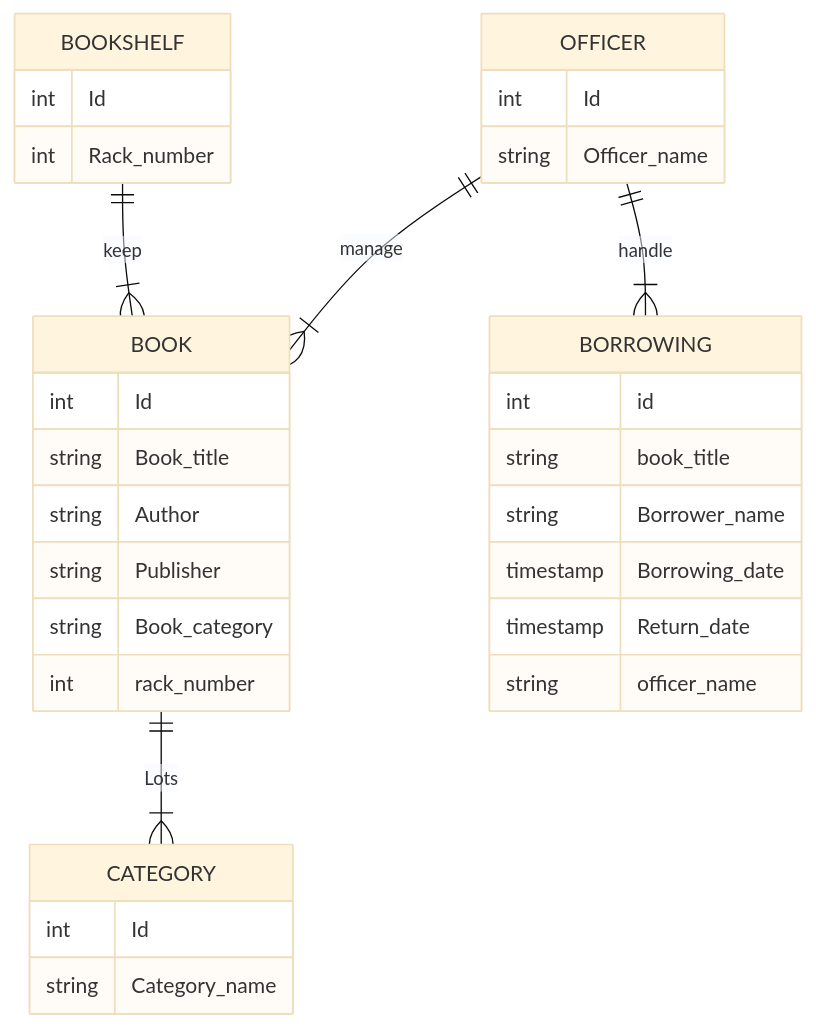
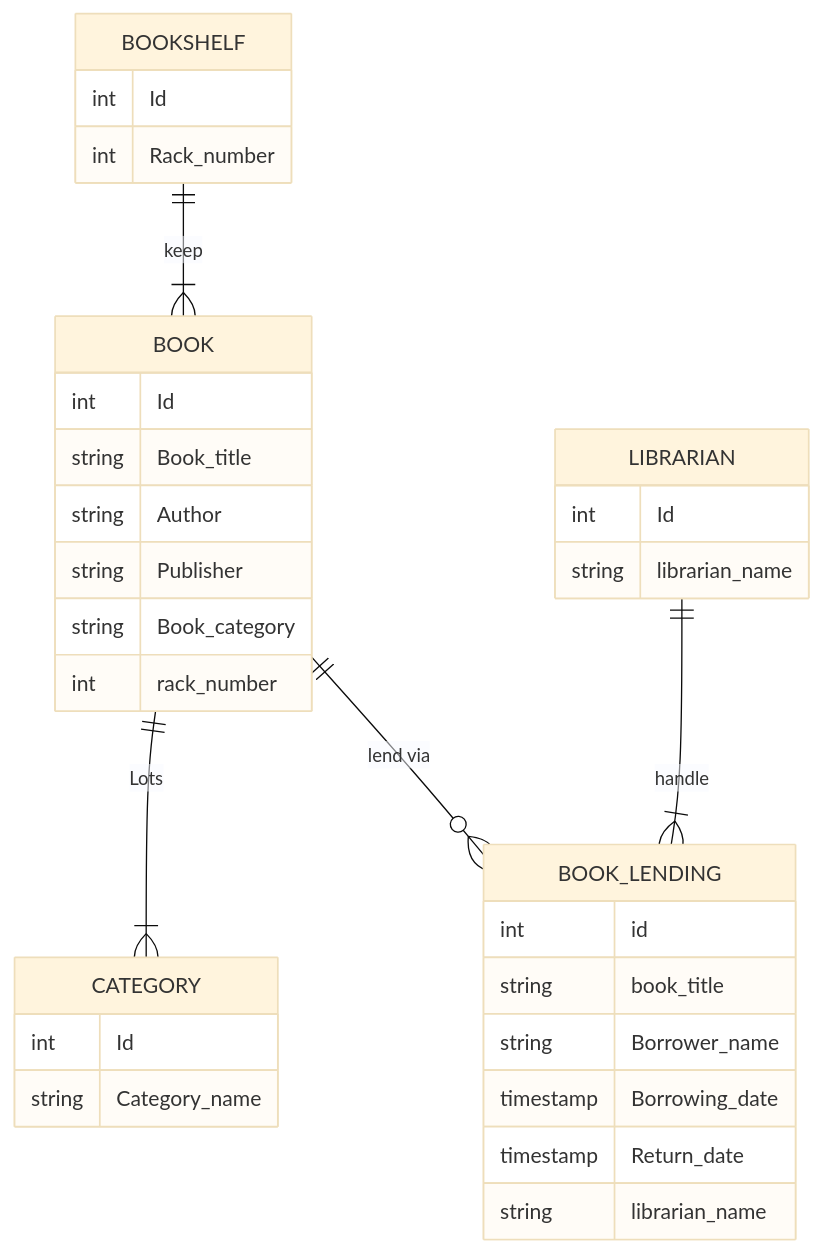
Before and after one commit to Ilhammursidi/koda-b7-db1: the first of 2 diagrams in README.md, drawn with Mermaid (base theme). The commit also changed other lines of this file, not shown here.

````diff
--- a/README.md
+++ b/README.md
@@ -4,43 +4,43 @@
 ```mermaid
 erDiagram
     BOOK {
         int Id
         string Book_title
         string Author
         string Publisher
         string Book_category
         int rack_number
     }
 
     BOOK ||--|{ CATEGORY : Lots
 
     CATEGORY {
         int Id
         string Category_name
     }
 
     BOOKSHELF {
         int Id
         int Rack_number
     }
     BOOKSHELF ||--|{ BOOK : keep
 
-    OFFICER {
+    LIBRARIAN {
         int Id
-        string Officer_name
+        string librarian_name
     }
 
-    OFFICER ||--|{ BORROWING : handle
+    LIBRARIAN ||--|{ BOOK_LENDING : handle
+    BOOK ||--o{ BOOK_LENDING : "lend via"
 
-    BORROWING {
+    BOOK_LENDING {
         int id 
         string book_title
         string Borrower_name
         timestamp Borrowing_date
         timestamp Return_date
-        string officer_name
+        string librarian_name
     }
 
-    OFFICER ||--|{ BOOK : manage
 
 ```
````
